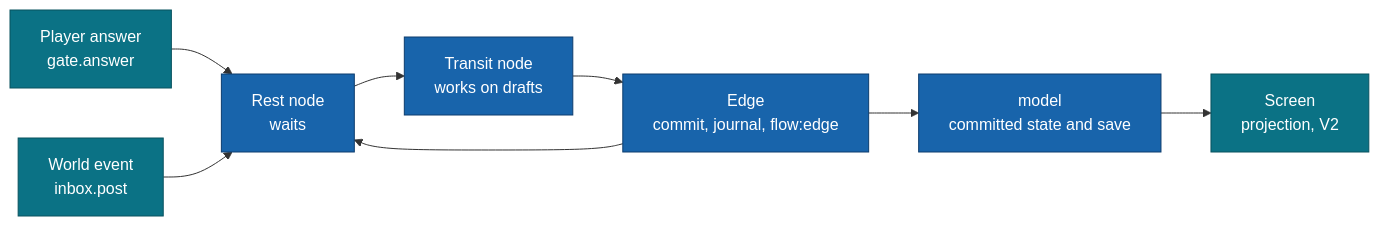
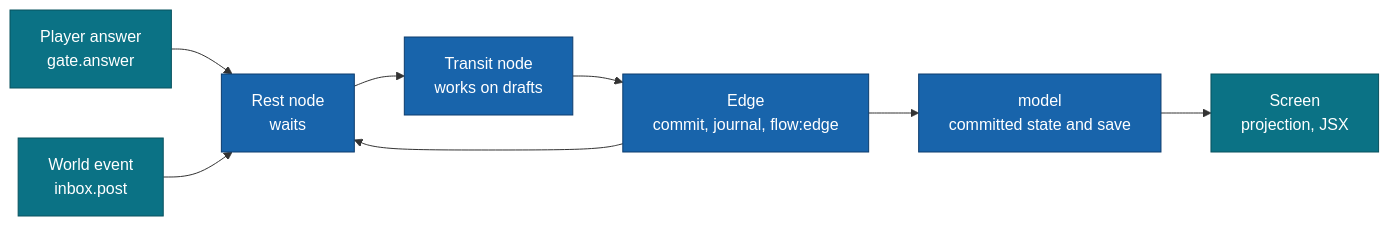
One commit to moku-labs/game changed the first of 2 diagrams in README.md. Above: the diagram before and after it, drawn with Mermaid. The commit also changed other lines of this file and 69 other files, not shown here.

````diff
--- a/README.md
+++ b/README.md
@@ -193,14 +193,14 @@
 ```mermaid
 flowchart LR
   P["Player answer<br/>gate.answer"] --> R["Rest node<br/>waits"]
   W["World event<br/>inbox.post"] --> R
   R --> N["Transit node<br/>works on drafts"]
   N --> E["Edge<br/>commit, journal, flow:edge"]
   E --> R
   E --> M["model<br/>committed state and save"]
-  M --> S["Screen<br/>projection, V2"]
+  M --> S["Screen<br/>projection, JSX"]
   classDef u fill:#0b7285,stroke:#08525f,color:#fff;
   classDef m fill:#1864ab,stroke:#0d3d6e,color:#fff;
   class P,W,S u
   class R,N,E,M m
 ```
````
